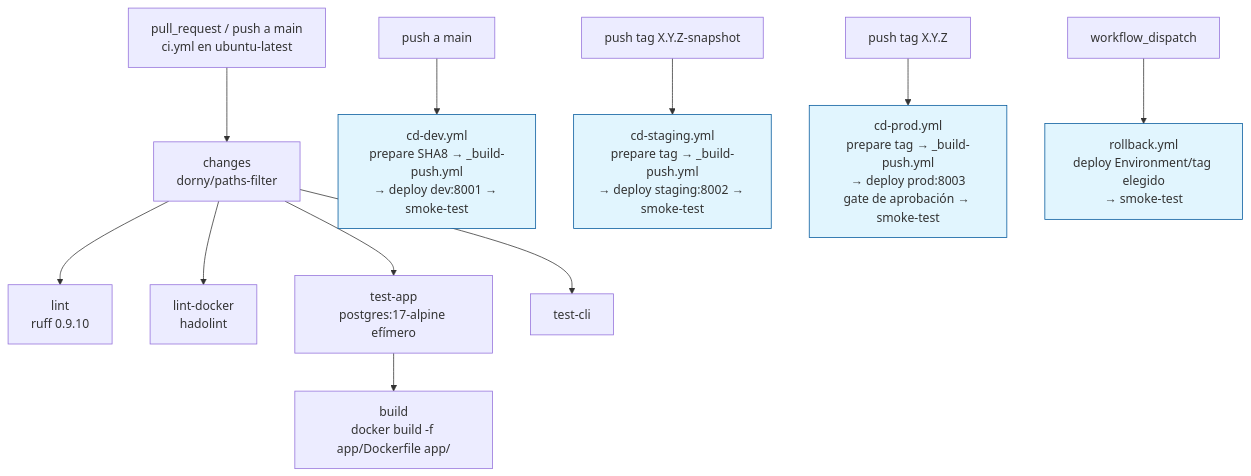
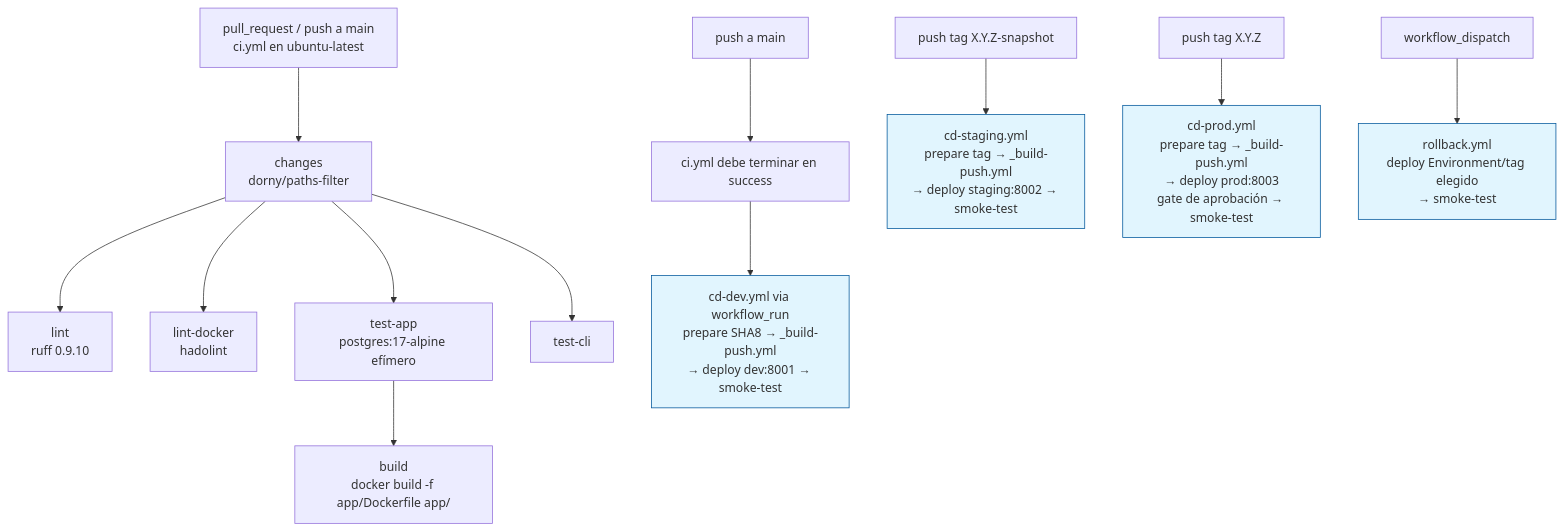
The first of 2 diagrams in docs/pipeline.md (vieitesss/hiss), drawn with Mermaid before and after one commit. The commit also changed other lines of this file and 9 other files, not shown here.

````diff
--- a/docs/pipeline.md
+++ b/docs/pipeline.md
@@ -168,17 +179,18 @@
 ```mermaid
 flowchart TD
     PR["pull_request / push a main<br/>ci.yml en ubuntu-latest"] --> CHANGES["changes<br/>dorny/paths-filter"]
     CHANGES --> LINT["lint<br/>ruff 0.9.10"]
     CHANGES --> LINTD["lint-docker<br/>hadolint"]
     CHANGES --> TAPP["test-app<br/>postgres:17-alpine efímero"]
     CHANGES --> TCLI["test-cli"]
     TAPP --> BUILD["build<br/>docker build -f app/Dockerfile app/"]
 
-    PUSHMAIN["push a main"] --> CDDEV["cd-dev.yml<br/>prepare SHA8 → _build-push.yml<br/>→ deploy dev:8001 → smoke-test"]
+    PUSHMAIN["push a main"] --> CIWAIT["ci.yml debe terminar en success"]
+    CIWAIT --> CDDEV["cd-dev.yml via workflow_run<br/>prepare SHA8 → _build-push.yml<br/>→ deploy dev:8001 → smoke-test"]
     TAGSNAP["push tag X.Y.Z-snapshot"] --> CDSTAG["cd-staging.yml<br/>prepare tag → _build-push.yml<br/>→ deploy staging:8002 → smoke-test"]
     TAGREL["push tag X.Y.Z"] --> CDPROD["cd-prod.yml<br/>prepare tag → _build-push.yml<br/>→ deploy prod:8003<br/>gate de aprobación → smoke-test"]
     WD["workflow_dispatch"] --> ROLLBACK["rollback.yml<br/>deploy Environment/tag elegido<br/>→ smoke-test"]
 
     classDef cd fill:#e1f5fe,stroke:#01579b
     class CDDEV,CDSTAG,CDPROD,ROLLBACK cd
 ```
````
